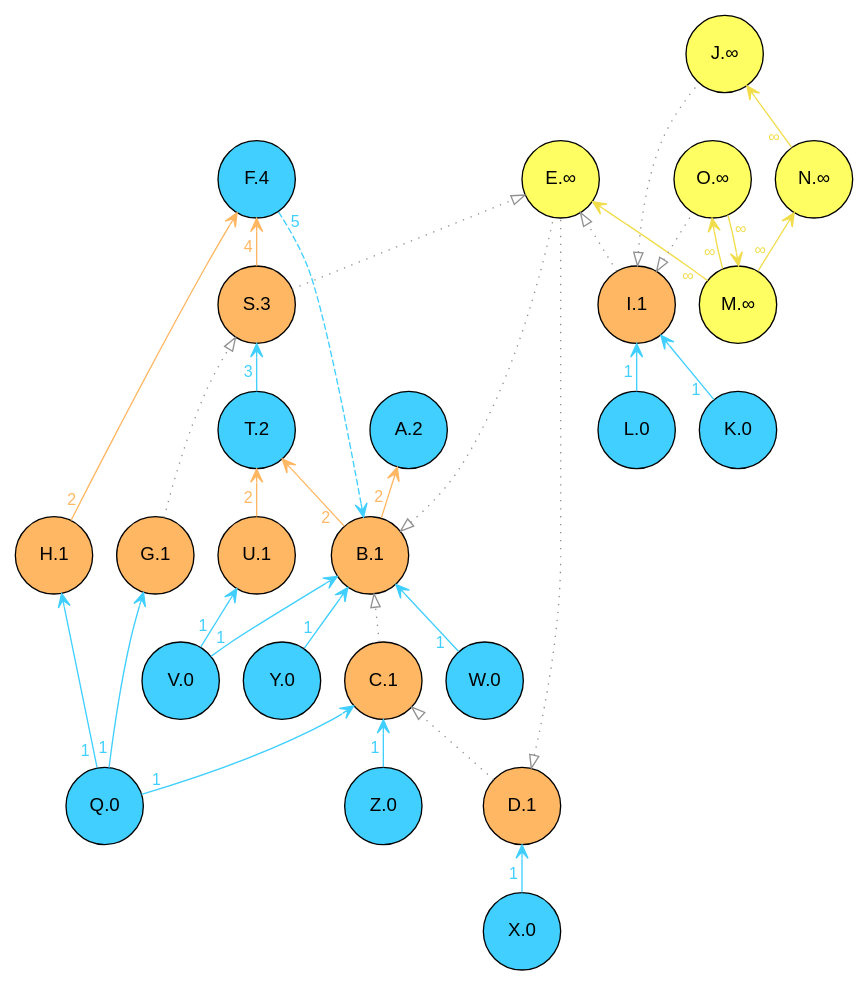
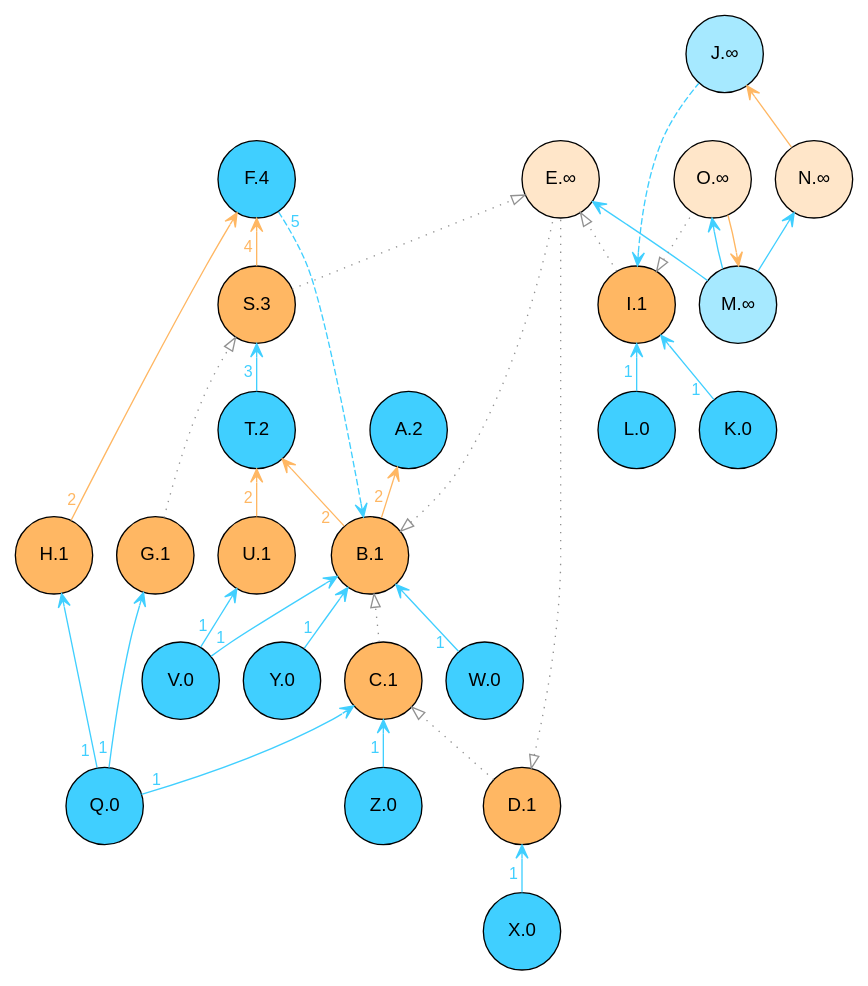
Before and after one commit to xai-ca/xray: the diagram in temp/layout.dot, drawn with Graphviz. The commit also changed 2 other files, not shown here.

```diff
--- a/temp/layout.dot
+++ b/temp/layout.dot
@@ -1,63 +1,63 @@
 digraph {
 layout=dot 
 node [fontname = "helvetica"  shape=circle fixedsize=true width=0.8, height=0.8] 
   edge [fontname = "helvetica"] 
  rankdir=BT  // Node defaults can be set here if needed
     "A" [style="filled" fillcolor="#40cfff" label="A.2" fontsize=14 ]
     "F" [style="filled" fillcolor="#40cfff" label="F.4" fontsize=14 ]
+    "J" [style="filled" fillcolor="#a6e9ff" label="J.∞" fontsize=14 ]
     "K" [style="filled" fillcolor="#40cfff" label="K.0" fontsize=14 ]
     "L" [style="filled" fillcolor="#40cfff" label="L.0" fontsize=14 ]
+    "M" [style="filled" fillcolor="#a6e9ff" label="M.∞" fontsize=14 ]
     "Q" [style="filled" fillcolor="#40cfff" label="Q.0" fontsize=14 ]
     "T" [style="filled" fillcolor="#40cfff" label="T.2" fontsize=14 ]
     "V" [style="filled" fillcolor="#40cfff" label="V.0" fontsize=14 ]
     "W" [style="filled" fillcolor="#40cfff" label="W.0" fontsize=14 ]
     "X" [style="filled" fillcolor="#40cfff" label="X.0" fontsize=14 ]
     "Y" [style="filled" fillcolor="#40cfff" label="Y.0" fontsize=14 ]
     "Z" [style="filled" fillcolor="#40cfff" label="Z.0" fontsize=14 ]
-    "E" [style="filled" fillcolor="#FEFE62" label="E.∞" fontsize=14 ]
-    "J" [style="filled" fillcolor="#FEFE62" label="J.∞" fontsize=14 ]
-    "M" [style="filled" fillcolor="#FEFE62" label="M.∞" fontsize=14 ]
-    "N" [style="filled" fillcolor="#FEFE62" label="N.∞" fontsize=14 ]
-    "O" [style="filled" fillcolor="#FEFE62" label="O.∞" fontsize=14 ]
     "B" [style="filled" fillcolor="#ffb763" label="B.1" fontsize=14 ]
     "C" [style="filled" fillcolor="#ffb763" label="C.1" fontsize=14 ]
     "D" [style="filled" fillcolor="#ffb763" label="D.1" fontsize=14 ]
+    "E" [style="filled" fillcolor="#ffe6c9" label="E.∞" fontsize=14 ]
     "G" [style="filled" fillcolor="#ffb763" label="G.1" fontsize=14 ]
     "H" [style="filled" fillcolor="#ffb763" label="H.1" fontsize=14 ]
     "I" [style="filled" fillcolor="#ffb763" label="I.1" fontsize=14 ]
+    "N" [style="filled" fillcolor="#ffe6c9" label="N.∞" fontsize=14 ]
+    "O" [style="filled" fillcolor="#ffe6c9" label="O.∞" fontsize=14 ]
     "S" [style="filled" fillcolor="#ffb763" label="S.3" fontsize=14 ]
     "U" [style="filled" fillcolor="#ffb763" label="U.1" fontsize=14 ]
     edge[labeldistance=1.5 fontsize=12]
     "B" -> "A" [color="#ffb763" style="solid"fontcolor="#ffb763"arrowtail="vee"arrowhead="vee"taillabel="2"]
     "B" -> "T" [color="#ffb763" style="solid"fontcolor="#ffb763"arrowtail="vee"arrowhead="vee"taillabel="2"]
     "C" -> "B" [color="#919191" style="dotted"fontcolor="#919191"arrowtail="onormal"arrowhead="onormal"taillabel=""]
     "D" -> "C" [color="#919191" style="dotted"fontcolor="#919191"arrowtail="onormal"arrowhead="onormal"taillabel=""]
     "B" -> "E" [dir=back color="#919191" style= "dotted"fontcolor="#919191"arrowtail="onormal"arrowhead="onormal"headlabel=""]
     "D" -> "E" [dir=back color="#919191" style= "dotted"fontcolor="#919191"arrowtail="onormal"arrowhead="onormal"headlabel=""]
     "B" -> "F" [dir=back color="#40cfff" style= "dashed"fontcolor="#40cfff"arrowtail="vee"arrowhead="vee"headlabel="5"]
     "G" -> "S" [color="#919191" style="dotted"fontcolor="#919191"arrowtail="onormal"arrowhead="onormal"taillabel=""]
     "H" -> "F" [color="#ffb763" style="solid"fontcolor="#ffb763"arrowtail="vee"arrowhead="vee"taillabel="2"]
     "I" -> "E" [color="#919191" style="dotted"fontcolor="#919191"arrowtail="onormal"arrowhead="onormal"taillabel=""]
-    "I" -> "J" [dir=back color="#919191" style= "dotted"fontcolor="#919191"arrowtail="onormal"arrowhead="onormal"headlabel=""]
+    "I" -> "J" [dir=back color="#40cfff" style= "dashed"fontcolor="#40cfff"arrowtail="vee"arrowhead="vee"headlabel=""]
     "K" -> "I" [color="#40cfff" style="solid"fontcolor="#40cfff"arrowtail="vee"arrowhead="vee"taillabel="1"]
     "L" -> "I" [color="#40cfff" style="solid"fontcolor="#40cfff"arrowtail="vee"arrowhead="vee"taillabel="1"]
-    "M" -> "E" [color="#f1dd4b" style="solid"fontcolor="#f1dd4b"arrowtail="vee"arrowhead="vee"taillabel="∞"]
-    "M" -> "O" [color="#f1dd4b" style="solid"fontcolor="#f1dd4b"arrowtail="vee"arrowhead="vee"taillabel="∞"]
-    "M" -> "N" [color="#f1dd4b" style="solid"fontcolor="#f1dd4b"arrowtail="vee"arrowhead="vee"taillabel="∞"]
-    "N" -> "J" [color="#f1dd4b" style="solid"fontcolor="#f1dd4b"arrowtail="vee"arrowhead="vee"taillabel="∞"]
+    "M" -> "E" [color="#40cfff" style="solid"fontcolor="#40cfff"arrowtail="vee"arrowhead="vee"taillabel=""]
+    "M" -> "O" [color="#40cfff" style="solid"fontcolor="#40cfff"arrowtail="vee"arrowhead="vee"taillabel=""]
+    "M" -> "N" [color="#40cfff" style="solid"fontcolor="#40cfff"arrowtail="vee"arrowhead="vee"taillabel=""]
+    "N" -> "J" [color="#ffb763" style="solid"fontcolor="#ffb763"arrowtail="vee"arrowhead="vee"taillabel=""]
     "I" -> "O" [dir=back color="#919191" style= "dotted"fontcolor="#919191"arrowtail="onormal"arrowhead="onormal"headlabel=""]
-    "O" -> "M" [color="#f1dd4b" style="solid"fontcolor="#f1dd4b"arrowtail="vee"arrowhead="vee"taillabel="∞"]
+    "O" -> "M" [color="#ffb763" style="solid"fontcolor="#ffb763"arrowtail="vee"arrowhead="vee"taillabel=""]
     "Q" -> "G" [color="#40cfff" style="solid"fontcolor="#40cfff"arrowtail="vee"arrowhead="vee"taillabel="1"]
     "Q" -> "H" [color="#40cfff" style="solid"fontcolor="#40cfff"arrowtail="vee"arrowhead="vee"taillabel="1"]
     "Q" -> "C" [color="#40cfff" style="solid"fontcolor="#40cfff"arrowtail="vee"arrowhead="vee"taillabel="1"]
     "S" -> "E" [color="#919191" style="dotted"fontcolor="#919191"arrowtail="onormal"arrowhead="onormal"taillabel=""]
     "S" -> "F" [color="#ffb763" style="solid"fontcolor="#ffb763"arrowtail="vee"arrowhead="vee"taillabel="4"]
     "T" -> "S" [color="#40cfff" style="solid"fontcolor="#40cfff"arrowtail="vee"arrowhead="vee"taillabel="3"]
     "U" -> "T" [color="#ffb763" style="solid"fontcolor="#ffb763"arrowtail="vee"arrowhead="vee"taillabel="2"]
     "V" -> "B" [color="#40cfff" style="solid"fontcolor="#40cfff"arrowtail="vee"arrowhead="vee"taillabel="1"]
     "V" -> "U" [color="#40cfff" style="solid"fontcolor="#40cfff"arrowtail="vee"arrowhead="vee"taillabel="1"]
     "W" -> "B" [color="#40cfff" style="solid"fontcolor="#40cfff"arrowtail="vee"arrowhead="vee"taillabel="1"]
     "X" -> "D" [color="#40cfff" style="solid"fontcolor="#40cfff"arrowtail="vee"arrowhead="vee"taillabel="1"]
     "Y" -> "B" [color="#40cfff" style="solid"fontcolor="#40cfff"arrowtail="vee"arrowhead="vee"taillabel="1"]
     "Z" -> "C" [color="#40cfff" style="solid"fontcolor="#40cfff"arrowtail="vee"arrowhead="vee"taillabel="1"]
 }
```
